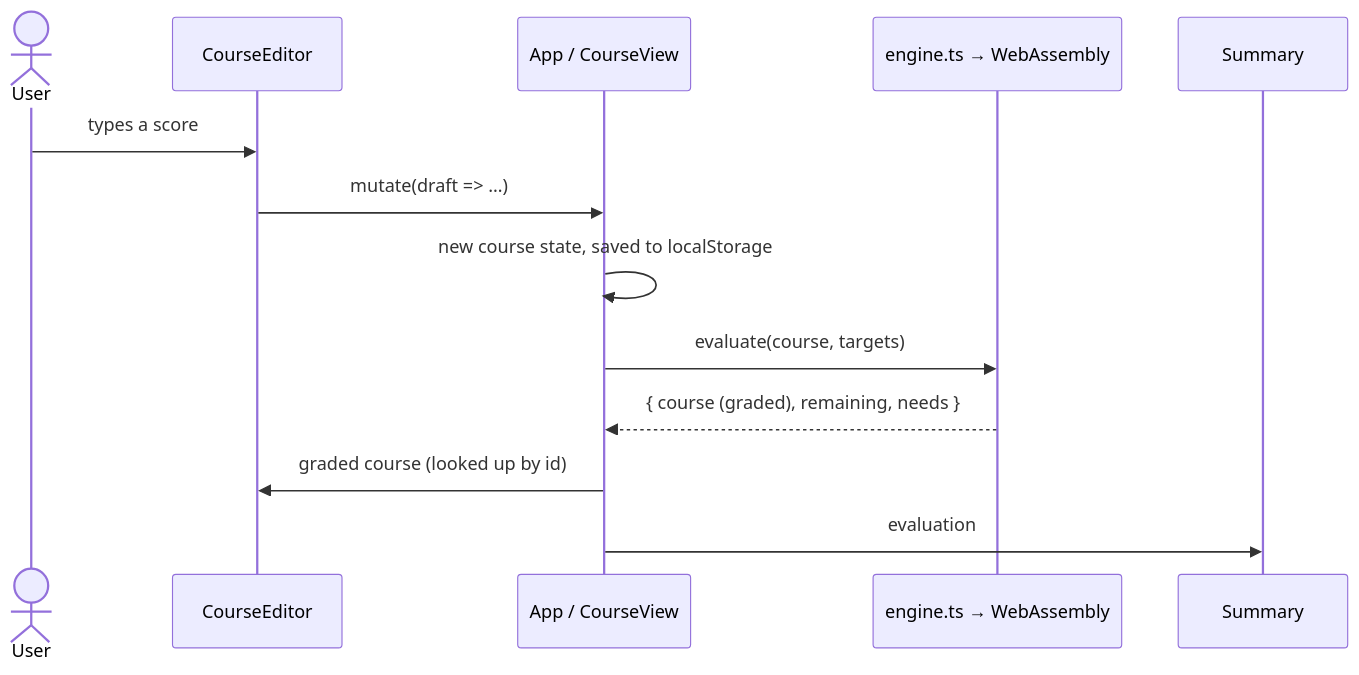
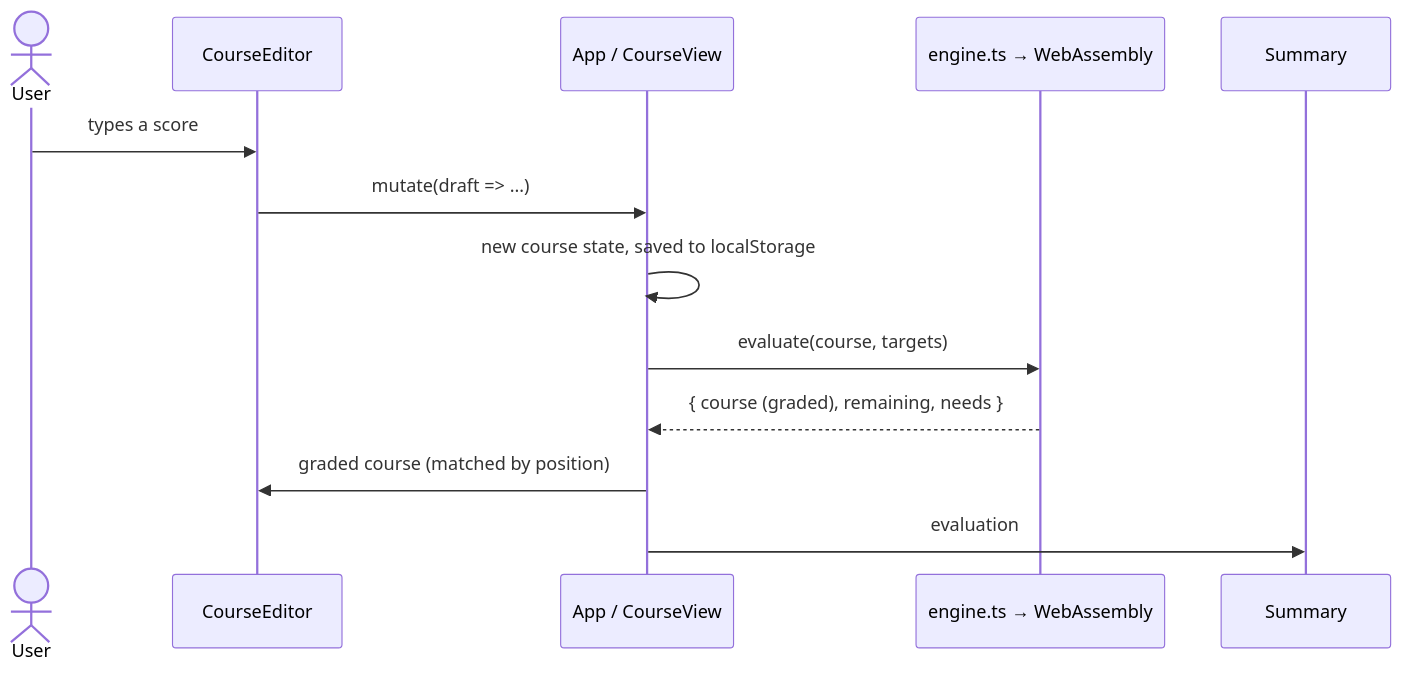
One commit to Patman1O1/grade-calculator changed the seventh of 9 diagrams in docs/uml.md. Above: the diagram before and after it, drawn with Mermaid. The commit also changed other lines of this file and 21 other files, not shown here.

````diff
--- a/docs/uml.md
+++ b/docs/uml.md
@@ -306,14 +293,14 @@
 ```mermaid
 sequenceDiagram
   actor User
   participant Editor as CourseEditor
   participant App as App / CourseView
   participant Engine as engine.ts → WebAssembly
   User->>Editor: types a score
   Editor->>App: mutate(draft => …)
   App->>App: new course state, saved to localStorage
   App->>Engine: evaluate(course, targets)
   Engine-->>App: { course (graded), remaining, needs }
-  App->>Editor: graded course (looked up by id)
+  App->>Editor: graded course (matched by position)
   App->>Summary: evaluation
 ```
````
